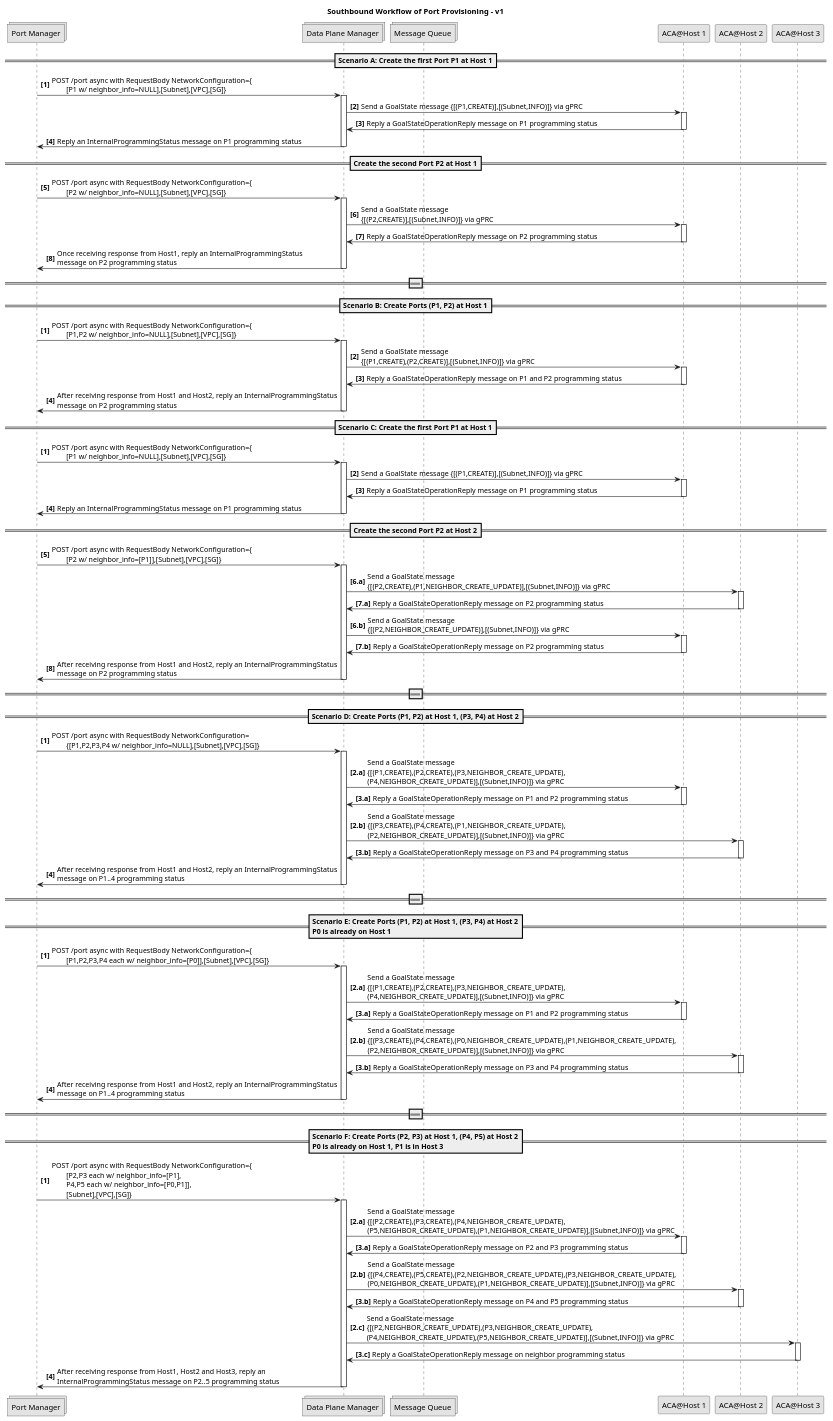
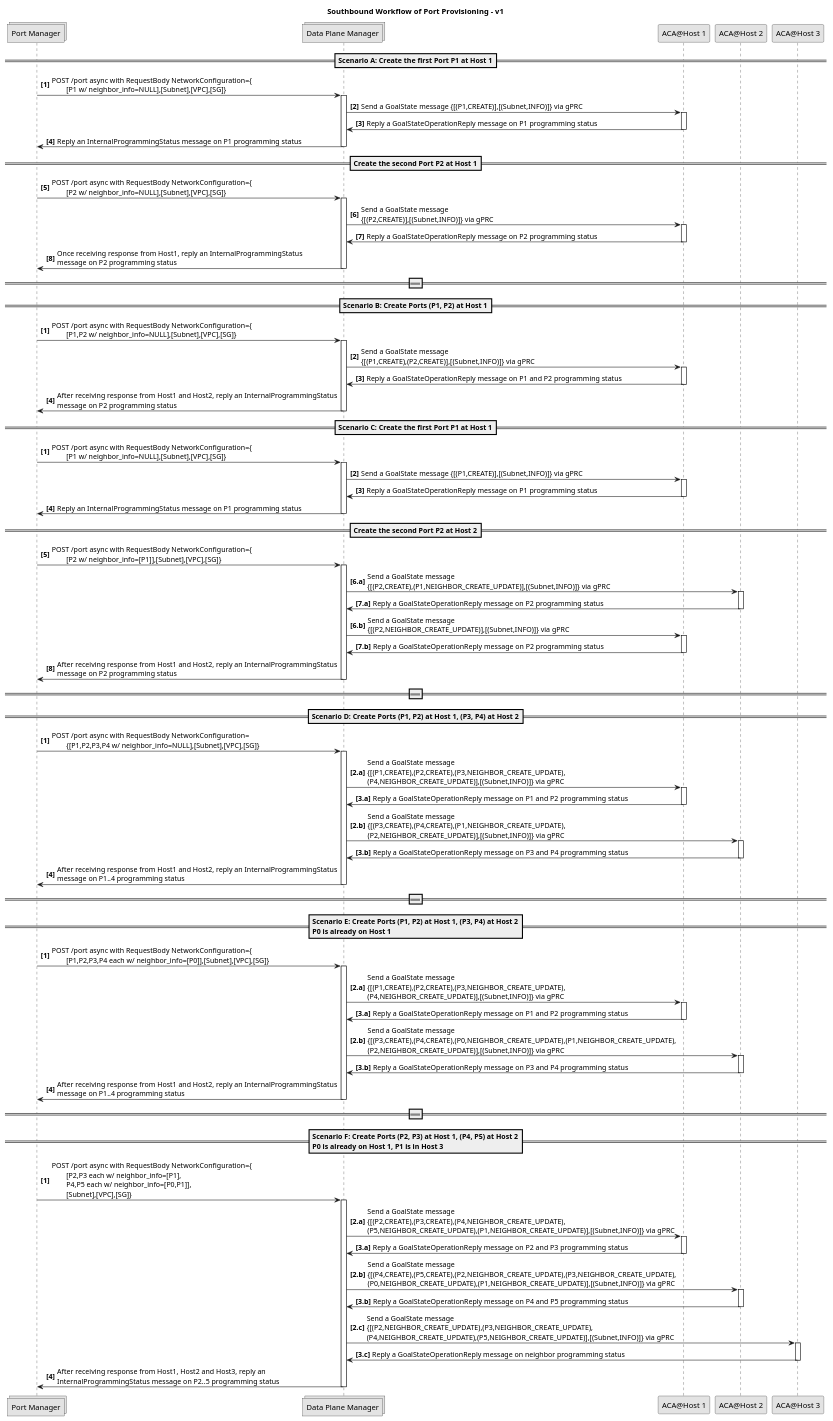
One commit to futurewei-cloud/alcor changed the diagram in docs/modules/ROOT/workflows/southbound_prog_workflow_v1.puml. Above: the diagram before and after it, drawn with PlantUML. The commit also changed 1 other file, not shown here.

Commit message:
Remove MQ from v1 diagram

```diff
--- a/docs/modules/ROOT/workflows/southbound_prog_workflow_v1.puml
+++ b/docs/modules/ROOT/workflows/southbound_prog_workflow_v1.puml
@@ -15,161 +15,161 @@
 @startuml
 
 title Southbound Workflow of Port Provisioning - v1
 
 skinparam monochrome true
 collections "Port Manager" as pm
 collections "Data Plane Manager" as dpm
-collections "Message Queue" as mq
+'collections "Message Queue" as mq
 participant "ACA@Host 1" as host1
 participant "ACA@Host 2" as host2
 participant "ACA@Host 3" as host3
 
 ==Scenario A: Create the first Port P1 at Host 1==
 autonumber "<b>[0]"
 pm -> dpm: POST /port async with RequestBody NetworkConfiguration={\n\t[P1 w/ neighbor_info=NULL],[Subnet],[VPC],[SG]}
 activate dpm
 dpm -> host1: Send a GoalState message {[(P1,CREATE)],[(Subnet,INFO)]} via gPRC
 activate host1
 host1 -> dpm: Reply a GoalStateOperationReply message on P1 programming status
 deactivate host1
 dpm -> pm: Reply an InternalProgrammingStatus message on P1 programming status
 deactivate dpm
 
 ==Create the second Port P2 at Host 1==
 autonumber 5 "<b>[0]"
 pm -> dpm: POST /port async with RequestBody NetworkConfiguration={\n\t[P2 w/ neighbor_info=NULL],[Subnet],[VPC],[SG]}
 activate dpm
 
 dpm -> host1: Send a GoalState message \n{[(P2,CREATE)],[(Subnet,INFO)]} via gPRC
 activate host1
 host1 -> dpm: Reply a GoalStateOperationReply message on P2 programming status
 deactivate host1
 
 dpm -> pm: Once receiving response from Host1, reply an InternalProgrammingStatus\nmessage on P2 programming status
 deactivate dpm
 ==================================================
 
 ==Scenario B: Create Ports (P1, P2) at Host 1==
 autonumber "<b>[0]"
 pm -> dpm: POST /port async with RequestBody NetworkConfiguration={\n\t[P1,P2 w/ neighbor_info=NULL],[Subnet],[VPC],[SG]}
 activate dpm
 
 autonumber 2 "<b>[0]"
 dpm -> host1: Send a GoalState message \n{[(P1,CREATE),(P2,CREATE)],[(Subnet,INFO)]} via gPRC
 activate host1
 host1 -> dpm: Reply a GoalStateOperationReply message on P1 and P2 programming status
 deactivate host1
 
 autonumber 4 "<b>[0]"
 dpm -> pm: After receiving response from Host1 and Host2, reply an InternalProgrammingStatus\nmessage on P2 programming status
 deactivate dpm
 
 
 ==Scenario C: Create the first Port P1 at Host 1==
 autonumber "<b>[0]"
 pm -> dpm: POST /port async with RequestBody NetworkConfiguration={\n\t[P1 w/ neighbor_info=NULL],[Subnet],[VPC],[SG]}
 activate dpm
 dpm -> host1: Send a GoalState message {[(P1,CREATE)],[(Subnet,INFO)]} via gPRC
 activate host1
 host1 -> dpm: Reply a GoalStateOperationReply message on P1 programming status
 deactivate host1
 dpm -> pm: Reply an InternalProgrammingStatus message on P1 programming status
 deactivate dpm
 
 ==Create the second Port P2 at Host 2==
 autonumber 5 "<b>[0]"
 pm -> dpm: POST /port async with RequestBody NetworkConfiguration={\n\t[P2 w/ neighbor_info=[P1]],[Subnet],[VPC],[SG]}
 activate dpm
 
 autonumber 6 "<b>[0.a]"
 dpm -> host2: Send a GoalState message \n{[(P2,CREATE),(P1,NEIGHBOR_CREATE_UPDATE)],[(Subnet,INFO)]} via gPRC
 activate host2
 host2 -> dpm: Reply a GoalStateOperationReply message on P2 programming status
 deactivate host2
 
 autonumber 6 "<b>[0.b]"
 dpm -> host1: Send a GoalState message \n{[(P2,NEIGHBOR_CREATE_UPDATE)],[(Subnet,INFO)]} via gPRC
 activate host1
 host1 -> dpm: Reply a GoalStateOperationReply message on P2 programming status
 deactivate host1
 
 autonumber 8 "<b>[0]"
 dpm -> pm: After receiving response from Host1 and Host2, reply an InternalProgrammingStatus\nmessage on P2 programming status
 deactivate dpm
 ==================================================
 
 ==Scenario D: Create Ports (P1, P2) at Host 1, (P3, P4) at Host 2==
 autonumber "<b>[0]"
 pm -> dpm: POST /port async with RequestBody NetworkConfiguration=\n\t{[P1,P2,P3,P4 w/ neighbor_info=NULL],[Subnet],[VPC],[SG]}
 activate dpm
 
 autonumber 2 "<b>[0.a]"
 dpm -> host1: Send a GoalState message \n{[(P1,CREATE),(P2,CREATE),(P3,NEIGHBOR_CREATE_UPDATE),\n(P4,NEIGHBOR_CREATE_UPDATE)],[(Subnet,INFO)]} via gPRC
 activate host1
 host1 -> dpm: Reply a GoalStateOperationReply message on P1 and P2 programming status
 deactivate host1
 
 autonumber 2 "<b>[0.b]"
 dpm -> host2: Send a GoalState message \n{[(P3,CREATE),(P4,CREATE),(P1,NEIGHBOR_CREATE_UPDATE),\n(P2,NEIGHBOR_CREATE_UPDATE)],[(Subnet,INFO)]} via gPRC
 activate host2
 host2 -> dpm: Reply a GoalStateOperationReply message on P3 and P4 programming status
 deactivate host2
 
 autonumber 4 "<b>[0]"
 dpm -> pm: After receiving response from Host1 and Host2, reply an InternalProgrammingStatus\nmessage on P1..4 programming status
 deactivate dpm
 
 ==================================================
 
 ==Scenario E: Create Ports (P1, P2) at Host 1, (P3, P4) at Host 2\nP0 is already on Host 1==
 autonumber "<b>[0]"
 pm -> dpm: POST /port async with RequestBody NetworkConfiguration={\n\t[P1,P2,P3,P4 each w/ neighbor_info=[P0]],[Subnet],[VPC],[SG]}
 activate dpm
 
 autonumber 2 "<b>[0.a]"
 dpm -> host1: Send a GoalState message \n{[(P1,CREATE),(P2,CREATE),(P3,NEIGHBOR_CREATE_UPDATE),\n(P4,NEIGHBOR_CREATE_UPDATE)],[(Subnet,INFO)]} via gPRC
 activate host1
 host1 -> dpm: Reply a GoalStateOperationReply message on P1 and P2 programming status
 deactivate host1
 
 autonumber 2 "<b>[0.b]"
 dpm -> host2: Send a GoalState message \n{[(P3,CREATE),(P4,CREATE),(P0,NEIGHBOR_CREATE_UPDATE),(P1,NEIGHBOR_CREATE_UPDATE),\n(P2,NEIGHBOR_CREATE_UPDATE)],[(Subnet,INFO)]} via gPRC
 activate host2
 host2 -> dpm: Reply a GoalStateOperationReply message on P3 and P4 programming status
 deactivate host2
 
 autonumber 4 "<b>[0]"
 dpm -> pm: After receiving response from Host1 and Host2, reply an InternalProgrammingStatus\nmessage on P1..4 programming status
 deactivate dpm
 
 ==================================================
 
 ==Scenario F: Create Ports (P2, P3) at Host 1, (P4, P5) at Host 2\nP0 is already on Host 1, P1 is in Host 3 ==
 autonumber "<b>[0]"
 pm -> dpm: POST /port async with RequestBody NetworkConfiguration={\n\t[P2,P3 each w/ neighbor_info=[P1],\n\tP4,P5 each w/ neighbor_info=[P0,P1]],\n\t[Subnet],[VPC],[SG]}
 activate dpm
 
 autonumber 2 "<b>[0.a]"
 dpm -> host1: Send a GoalState message \n{[(P2,CREATE),(P3,CREATE),(P4,NEIGHBOR_CREATE_UPDATE),\n(P5,NEIGHBOR_CREATE_UPDATE),(P1,NEIGHBOR_CREATE_UPDATE)],[(Subnet,INFO)]} via gPRC
 activate host1
 host1 -> dpm: Reply a GoalStateOperationReply message on P2 and P3 programming status
 deactivate host1
 
 autonumber 2 "<b>[0.b]"
 dpm -> host2: Send a GoalState message \n{[(P4,CREATE),(P5,CREATE),(P2,NEIGHBOR_CREATE_UPDATE),(P3,NEIGHBOR_CREATE_UPDATE),\n(P0,NEIGHBOR_CREATE_UPDATE),(P1,NEIGHBOR_CREATE_UPDATE)],[(Subnet,INFO)]} via gPRC
 activate host2
 host2 -> dpm: Reply a GoalStateOperationReply message on P4 and P5 programming status
 deactivate host2
 
 autonumber 2 "<b>[0.c]"
 dpm -> host3: Send a GoalState message \n{[(P2,NEIGHBOR_CREATE_UPDATE),(P3,NEIGHBOR_CREATE_UPDATE),\n(P4,NEIGHBOR_CREATE_UPDATE),(P5,NEIGHBOR_CREATE_UPDATE)],[(Subnet,INFO)]} via gPRC
 activate host3
 host3 -> dpm: Reply a GoalStateOperationReply message on neighbor programming status
 deactivate host3
 
 autonumber 4 "<b>[0]"
 dpm -> pm: After receiving response from Host1, Host2 and Host3, reply an\nInternalProgrammingStatus message on P2..5 programming status
 deactivate dpm
 
 
 @enduml
```
